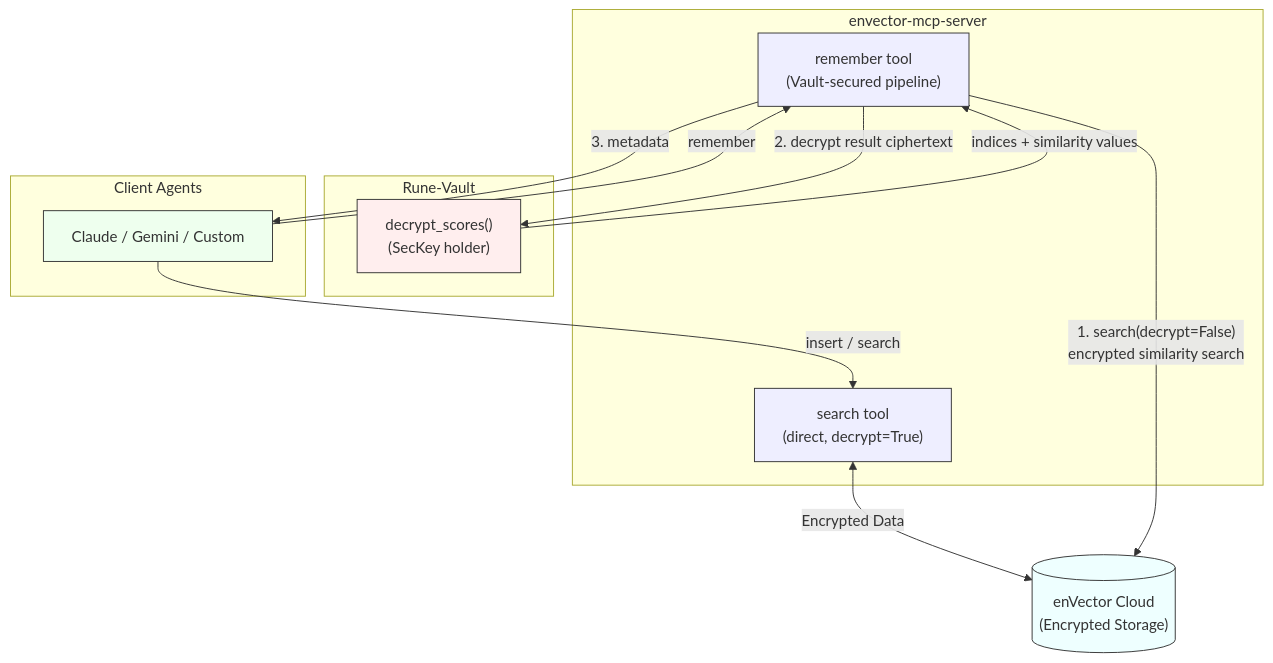
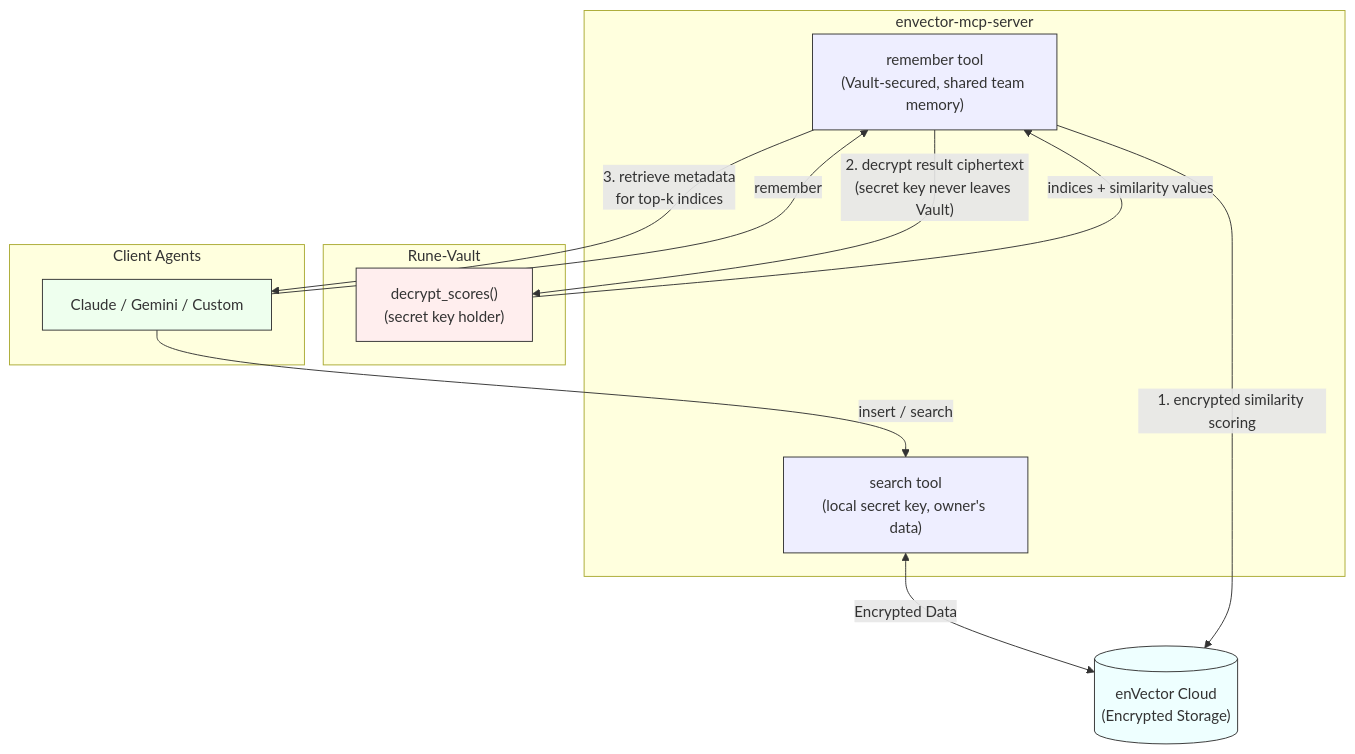
The diagram in README.md (CryptoLabInc/rune), drawn with Mermaid before and after one commit. The commit also changed other lines of this file and 6 other files, not shown here.

````diff
--- a/README.md
+++ b/README.md
@@ -326,35 +327,35 @@
 ```mermaid
 flowchart TD
     Cloud[("enVector Cloud<br>(Encrypted Storage)")]
 
     subgraph MCP [envector-mcp-server]
-        Search["search tool<br>(direct, decrypt=True)"]
-        Remember["remember tool<br>(Vault-secured pipeline)"]
+        Search["search tool<br>(local secret key, owner's data)"]
+        Remember["remember tool<br>(Vault-secured, shared team memory)"]
     end
 
     subgraph Vault [Rune-Vault]
-        Decrypt["decrypt_scores()<br>(SecKey holder)"]
+        Decrypt["decrypt_scores()<br>(secret key holder)"]
     end
 
     subgraph Client [Client Agents]
         Agent["Claude / Gemini / Custom"]
     end
 
     %% Capture flow
     Agent -- "insert / search" --> Search
     Search <-->|Encrypted Data| Cloud
 
     %% Recall flow (3-step pipeline)
     Agent -- "remember" --> Remember
-    Remember -- "1. search(decrypt=False)<br>encrypted similarity search" --> Cloud
-    Remember -- "2. decrypt result ciphertext" --> Decrypt
+    Remember -- "1. encrypted similarity scoring" --> Cloud
+    Remember -- "2. decrypt result ciphertext<br>(secret key never leaves Vault)" --> Decrypt
     Decrypt -- "indices + similarity values" --> Remember
-    Remember -- "3. metadata" --> Agent
+    Remember -- "3. retrieve metadata<br>for top-k indices" --> Agent
 
     %% Styles
     style Cloud fill:#eff,stroke:#333
     style Search fill:#eef,stroke:#333
     style Remember fill:#eef,stroke:#333
     style Decrypt fill:#fee,stroke:#333
     style Agent fill:#efe,stroke:#333
 ```
````
